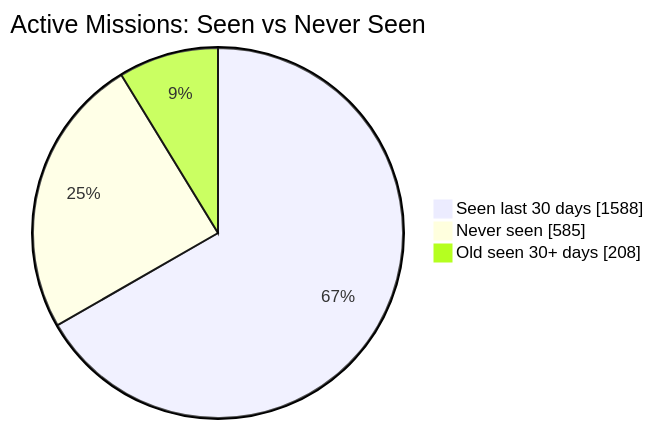
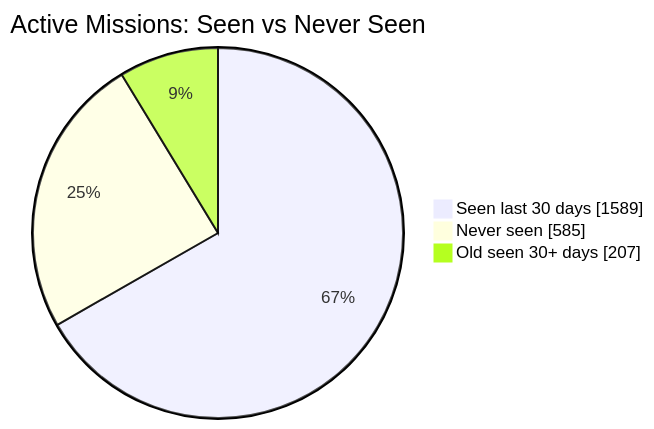
Before and after one commit to MeldkamerspelGameTeam/active-missions: the first of 2 diagrams in README.md, drawn with Mermaid. The commit also changed other lines of this file and 2 other files, not shown here.

````diff
--- a/README.md
+++ b/README.md
@@ -34,7 +34,7 @@
 ```mermaid
 pie showData
     title Active Missions: Seen vs Never Seen
-    "Seen last 30 days" : 1588
+    "Seen last 30 days" : 1589
     "Never seen" : 585
-    "Old seen 30+ days" : 208
+    "Old seen 30+ days" : 207
 ```
````
